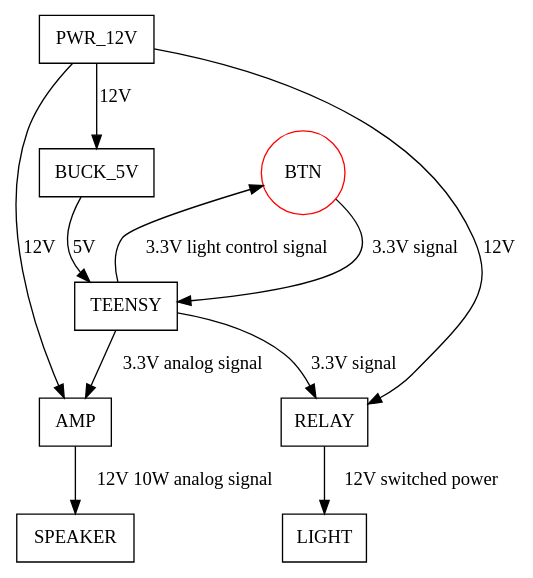
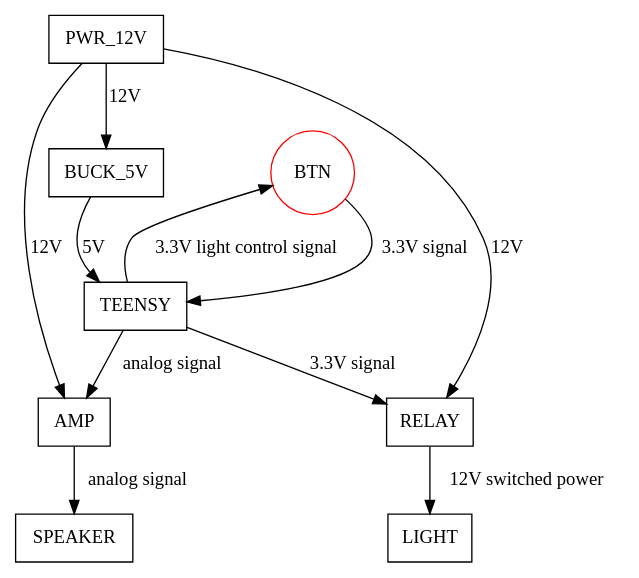
The diagram in movie_sign.dot (hatfield-lansdale-collective/movie-sign), drawn with Graphviz before and after one commit. The commit also changed 1 other file, not shown here.

Commit message:
Reduced verbosity of connection diagram

```diff
--- a/movie_sign.dot
+++ b/movie_sign.dot
@@ -1,14 +1,14 @@
 digraph MovieSign {
   node [shape="rect"]
   BTN [shape="circle", color="red"]
   PWR_12V -> AMP [label="12V"]
   PWR_12V -> BUCK_5V [label="12V"]
   PWR_12V -> RELAY [label="12V"]
   BUCK_5V -> TEENSY [label="5V"]
   BTN -> TEENSY [label="3.3V signal"]
-  TEENSY -> AMP [label="3.3V analog signal"]
+  TEENSY -> AMP [label="analog signal"]
   TEENSY -> RELAY [label="3.3V signal"]
   RELAY -> LIGHT [label="12V switched power"]
   TEENSY -> BTN [label="3.3V light control signal"]
-  AMP -> SPEAKER [label="12V 10W analog signal"]
+  AMP -> SPEAKER [label="analog signal"]
 }
```
